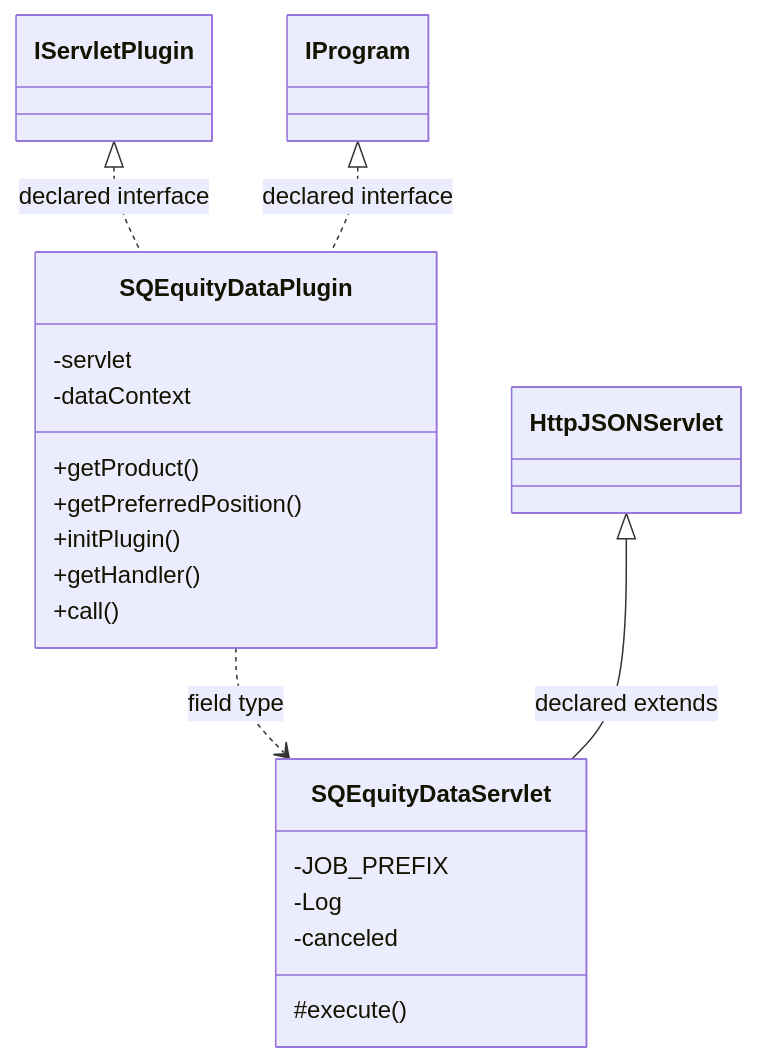
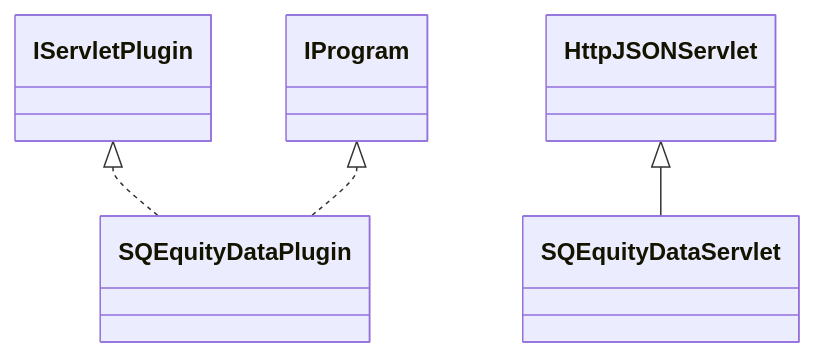
Before and after one commit to haruperi/HaruQuantAI: the diagram in docs/sqx/DataManager/DataSourceSQEquityData.md, drawn with Mermaid. The commit also changed other lines of this file and 1688 other files, not shown here.

````diff
--- a/docs/sqx/DataManager/DataSourceSQEquityData.md
+++ b/docs/sqx/DataManager/DataSourceSQEquityData.md
@@ -30,25 +26,11 @@
 ```mermaid
 classDiagram
-    class C8d605cfe6a2a["SQEquityDataPlugin"] {
-        -servlet
-        -dataContext
-        +getProduct()
-        +getPreferredPosition()
-        +initPlugin()
-        +getHandler()
-        +call()
-    }
-    class C7398371c2d84["SQEquityDataServlet"] {
-        -JOB_PREFIX
-        -Log
-        -canceled
-        #execute()
-    }
-    class C1b6b4448b67b["IProgram"]
-    class C249b5c671b1a["IServletPlugin"]
-    class C8900f90ae594["HttpJSONServlet"]
-    C249b5c671b1a <|.. C8d605cfe6a2a : declared interface
-    C1b6b4448b67b <|.. C8d605cfe6a2a : declared interface
-    C8d605cfe6a2a ..> C7398371c2d84 : field type
-    C8900f90ae594 <|-- C7398371c2d84 : declared extends
+    class C0["SQEquityDataPlugin"]
+    class C1["SQEquityDataServlet"]
+    class E0["IServletPlugin"]
+    E0 <|.. C0
+    class E1["IProgram"]
+    E1 <|.. C0
+    class E2["HttpJSONServlet"]
+    E2 <|-- C1
 ```
````
